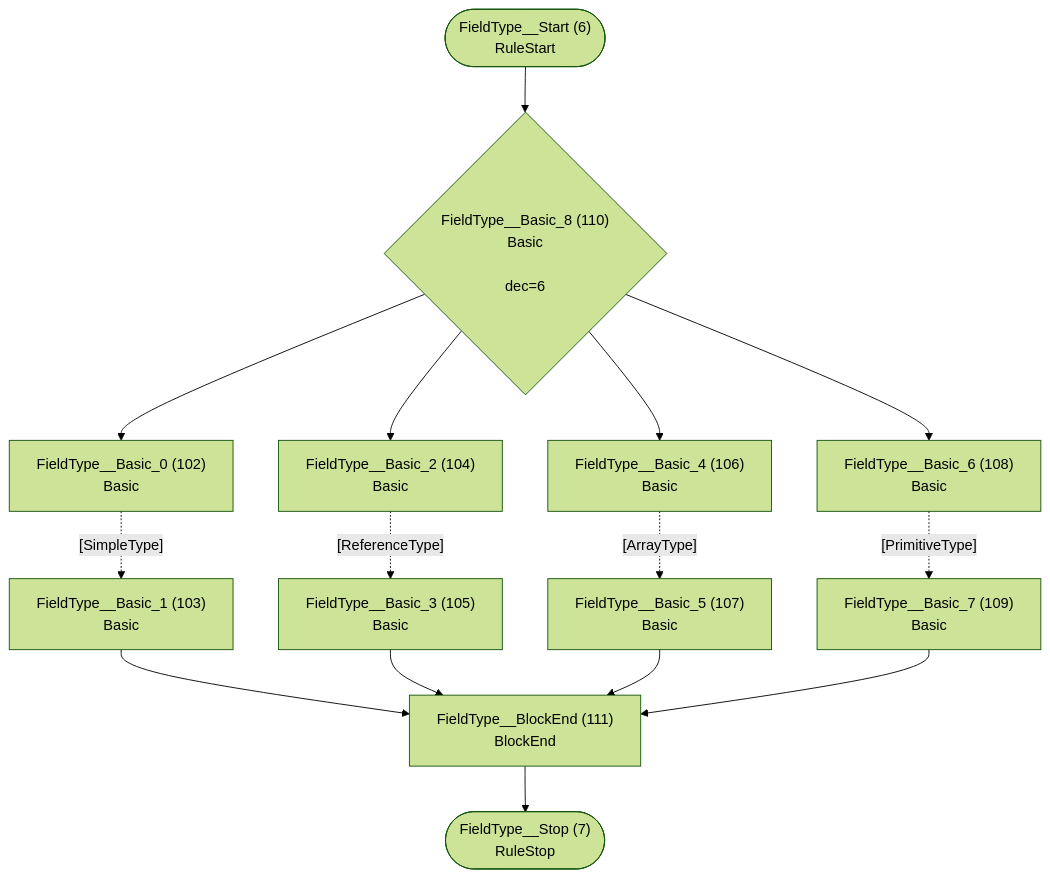
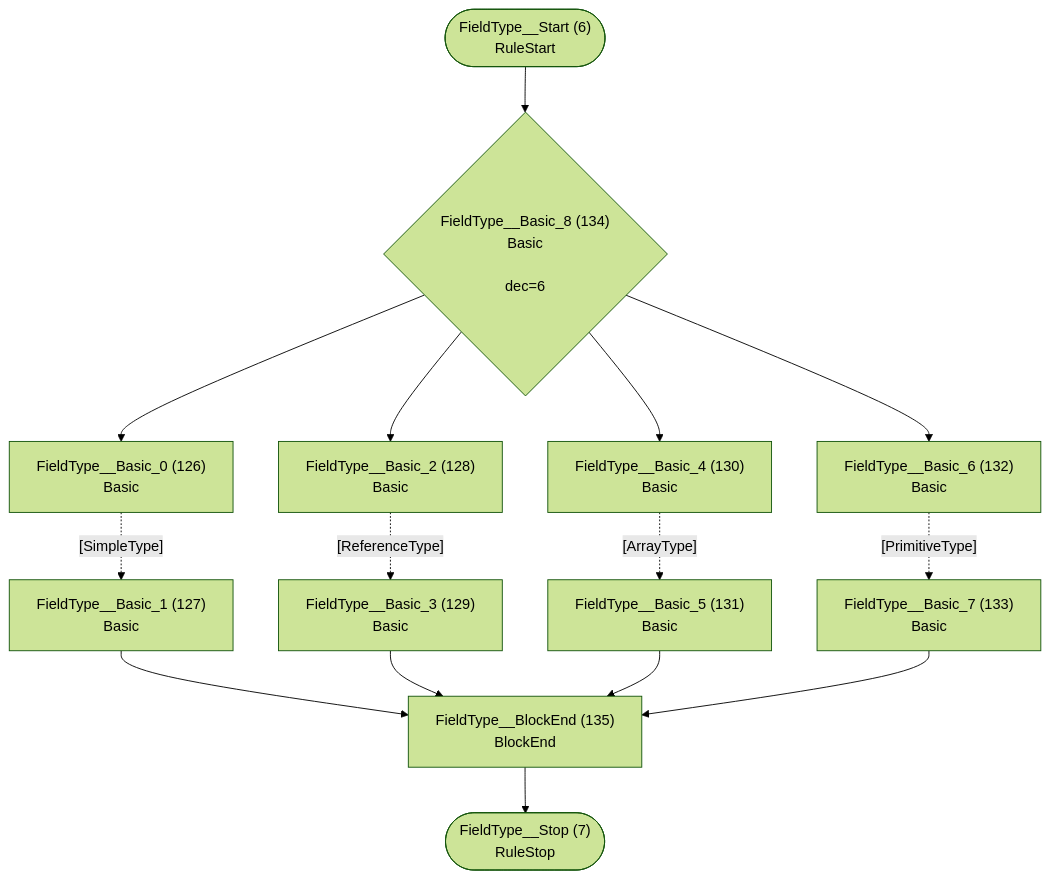
Before and after one commit to TypeFox/fastbelt: the fourth of 40 diagrams in internal/grammar/atn.md, drawn with Mermaid (forest theme). The commit also changed other lines of this file and 84 other files, not shown here.

````diff
--- a/internal/grammar/atn.md
+++ b/internal/grammar/atn.md
@@ -133,30 +138,30 @@
 ```mermaid
 flowchart TD
     q6(["FieldType__Start (6)<br/>RuleStart"])
     q7(["FieldType__Stop (7)<br/>RuleStop"])
-    q102["FieldType__Basic_0 (102)<br/>Basic<br/>"]
-    q103["FieldType__Basic_1 (103)<br/>Basic<br/>"]
-    q104["FieldType__Basic_2 (104)<br/>Basic<br/>"]
-    q105["FieldType__Basic_3 (105)<br/>Basic<br/>"]
-    q106["FieldType__Basic_4 (106)<br/>Basic<br/>"]
-    q107["FieldType__Basic_5 (107)<br/>Basic<br/>"]
-    q108["FieldType__Basic_6 (108)<br/>Basic<br/>"]
-    q109["FieldType__Basic_7 (109)<br/>Basic<br/>"]
-    q110{"FieldType__Basic_8 (110)<br/>Basic<br/><br/>dec=6"}
-    q111["FieldType__BlockEnd (111)<br/>BlockEnd<br/>"]
+    q126["FieldType__Basic_0 (126)<br/>Basic<br/>"]
+    q127["FieldType__Basic_1 (127)<br/>Basic<br/>"]
+    q128["FieldType__Basic_2 (128)<br/>Basic<br/>"]
+    q129["FieldType__Basic_3 (129)<br/>Basic<br/>"]
+    q130["FieldType__Basic_4 (130)<br/>Basic<br/>"]
+    q131["FieldType__Basic_5 (131)<br/>Basic<br/>"]
+    q132["FieldType__Basic_6 (132)<br/>Basic<br/>"]
+    q133["FieldType__Basic_7 (133)<br/>Basic<br/>"]
+    q134{"FieldType__Basic_8 (134)<br/>Basic<br/><br/>dec=6"}
+    q135["FieldType__BlockEnd (135)<br/>BlockEnd<br/>"]
 
-    q6 --> q110
-    q102 -.->|"[SimpleType]"| q103
-    q103 --> q111
-    q104 -.->|"[ReferenceType]"| q105
-    q105 --> q111
-    q106 -.->|"[ArrayType]"| q107
-    q107 --> q111
-    q108 -.->|"[PrimitiveType]"| q109
-    q109 --> q111
-    q110 --> q102
-    q110 --> q104
-    q110 --> q106
-    q110 --> q108
-    q111 --> q7
+    q6 --> q134
+    q126 -.->|"[SimpleType]"| q127
+    q127 --> q135
+    q128 -.->|"[ReferenceType]"| q129
+    q129 --> q135
+    q130 -.->|"[ArrayType]"| q131
+    q131 --> q135
+    q132 -.->|"[PrimitiveType]"| q133
+    q133 --> q135
+    q134 --> q126
+    q134 --> q128
+    q134 --> q130
+    q134 --> q132
+    q135 --> q7
 ```
````
